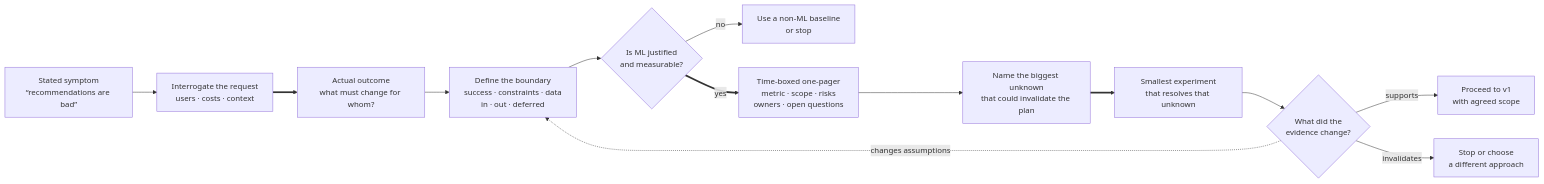
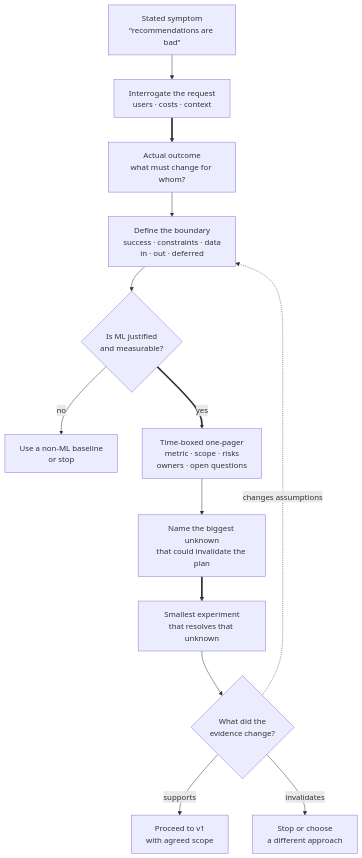
One commit to mlmentorship/mlmentorship.github.io changed the diagram in src/content/posts/2026-04-23-scope-ambiguous-problem.md. Above: the diagram before and after it, drawn with Mermaid. The commit also changed other lines of this file and 1 other file, not shown here.

Commit message:
chore(cadence): save partial work at build completion

````diff
--- a/src/content/posts/2026-04-23-scope-ambiguous-problem.md
+++ b/src/content/posts/2026-04-23-scope-ambiguous-problem.md
@@ -52,23 +55,22 @@
 ```mermaid
-flowchart LR
+flowchart TB
 	accTitle: A senior scoping loop from an ambiguous request to an evidence-backed decision
 	accDescr: Start with a stakeholder's symptom, interrogate it to identify the actual user or business outcome, then define success, constraints, data, and non-goals. Decide whether machine learning is justified. If not, choose a non-ML baseline or stop. If it is, write a time-boxed one-pager that names scope, metrics, risks, and open questions. Select the biggest unknown, run the smallest experiment that can resolve it, and use evidence to proceed, rescope and repeat, or stop.
 	A["Stated symptom<br/>“recommendations are bad”"] --> B["Interrogate the request<br/>users · costs · context"]
 	B ==> C["Actual outcome<br/>what must change for whom?"]
 	C --> D["Define the boundary<br/>success · constraints · data<br/>in · out · deferred"]
 	D --> E{"Is ML justified<br/>and measurable?"}
 	E -->|"no"| F["Use a non-ML baseline<br/>or stop"]
 	E ==>|"yes"| G["Time-boxed one-pager<br/>metric · scope · risks<br/>owners · open questions"]
 	G --> H["Name the biggest unknown<br/>that could invalidate the plan"]
 	H ==> I["Smallest experiment<br/>that resolves that unknown"]
 	I --> J{"What did the<br/>evidence change?"}
 	J -->|"supports"| K["Proceed to v1<br/>with agreed scope"]
 	J -. "changes assumptions" .-> D
 	J -->|"invalidates"| L["Stop or choose<br/>a different approach"]
-	class A viz-input
+	class A viz-input,viz-tall
 	class C,E,H,J viz-focus
 	class D,G viz-state
 	class F,L viz-warning
 	class I,K viz-output
-	class A viz-wide
 ```
````
